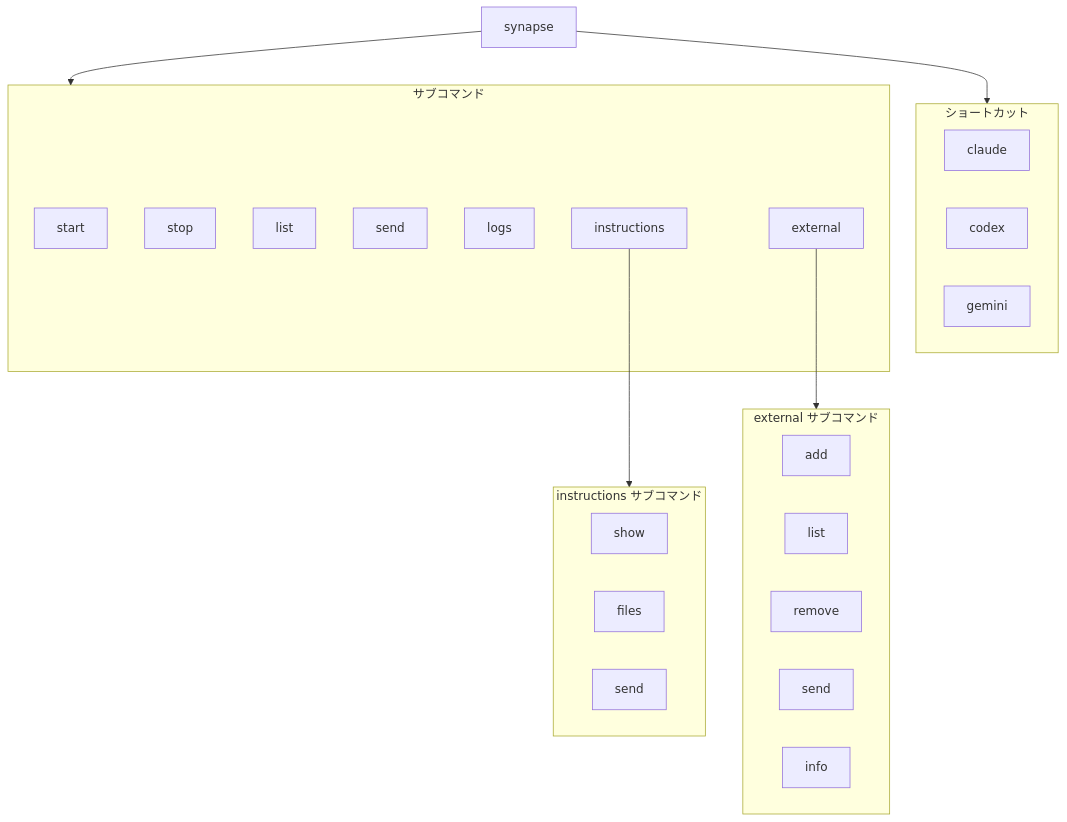
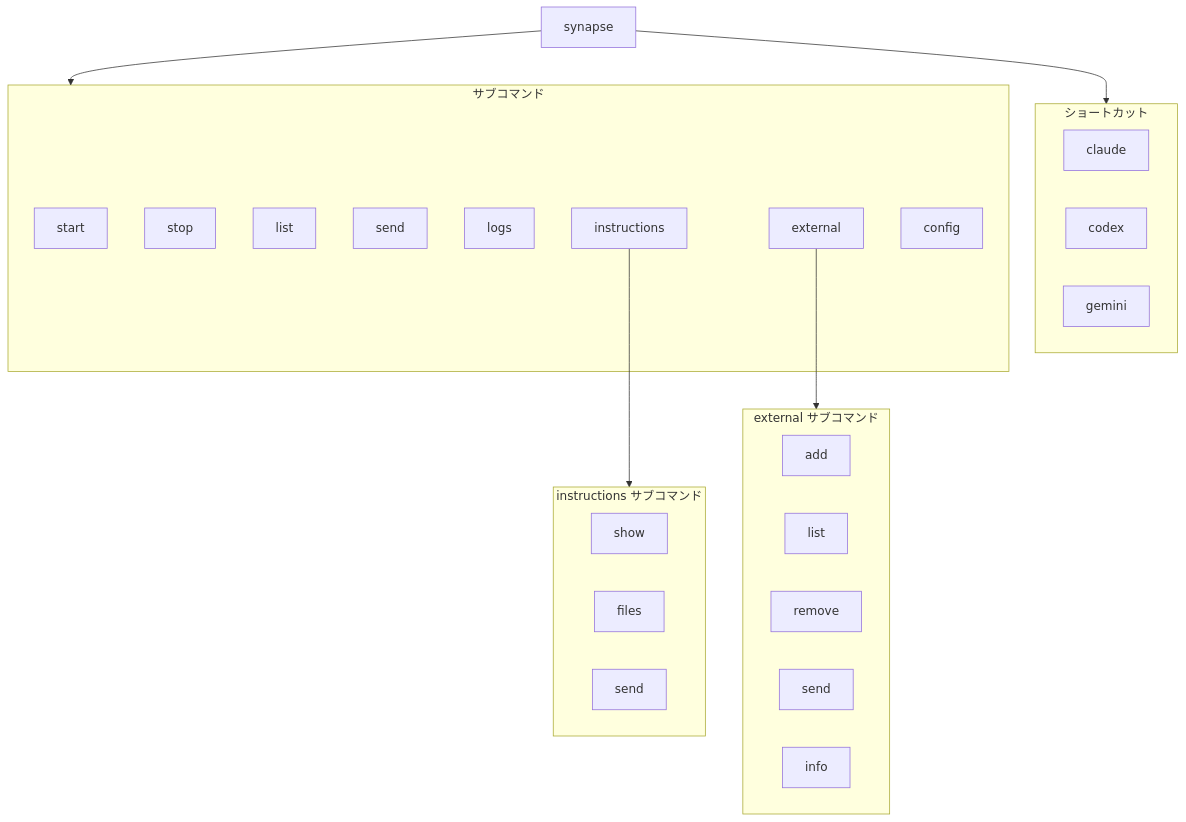
The second of 5 diagrams in guides/usage.md (s-hiraoku/synapse-a2a), drawn with Mermaid before and after one commit. The commit also changed other lines of this file and 2 other files, not shown here.

Commit message:
Update document

````diff
--- a/guides/usage.md
+++ b/guides/usage.md
@@ -168,39 +168,40 @@
 ```mermaid
 flowchart TB
     synapse["synapse"]
 
     subgraph Shortcuts["ショートカット"]
         claude["claude"]
         codex["codex"]
         gemini["gemini"]
     end
 
     subgraph Commands["サブコマンド"]
         start["start"]
         stop["stop"]
         list["list"]
         send["send"]
         logs["logs"]
         instructions["instructions"]
         external["external"]
+        config["config"]
     end
 
     subgraph Instructions["instructions サブコマンド"]
         inst_show["show"]
         inst_files["files"]
         inst_send["send"]
     end
 
     subgraph External["external サブコマンド"]
         ext_add["add"]
         ext_list["list"]
         ext_remove["remove"]
         ext_send["send"]
         ext_info["info"]
     end
 
     synapse --> Shortcuts
     synapse --> Commands
     instructions --> Instructions
     external --> External
 ```
````
